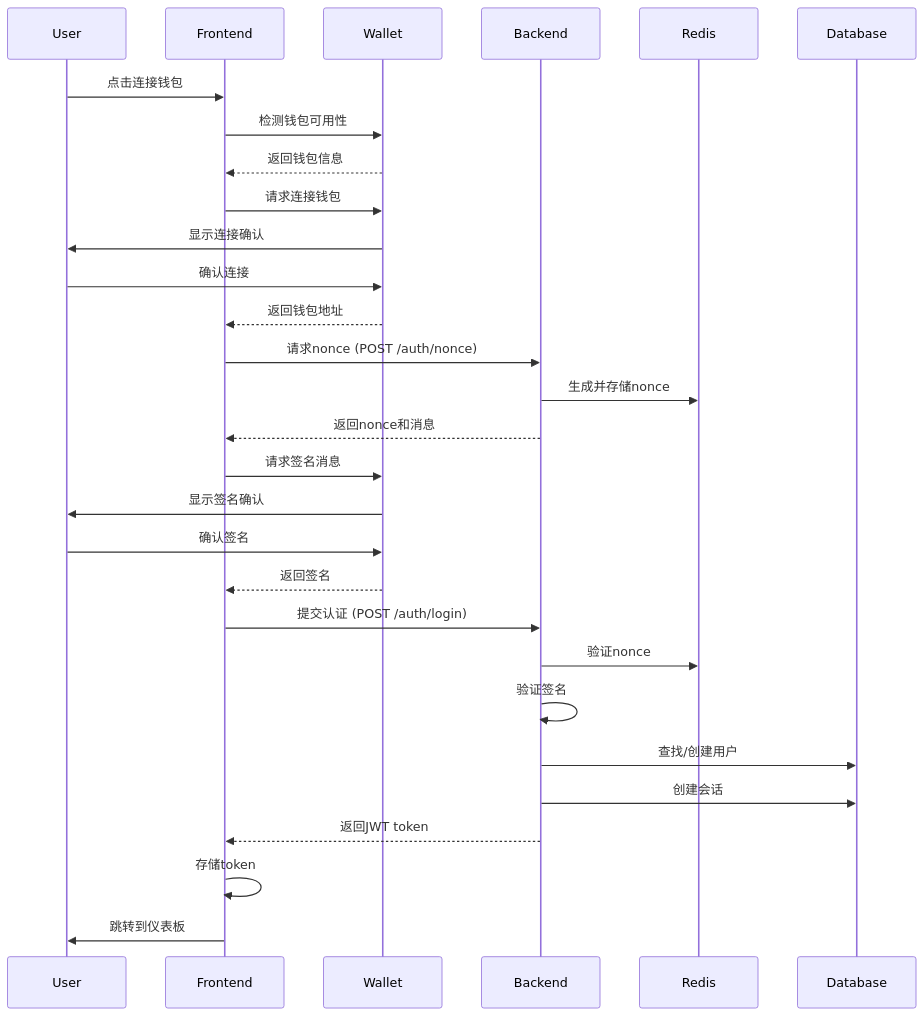
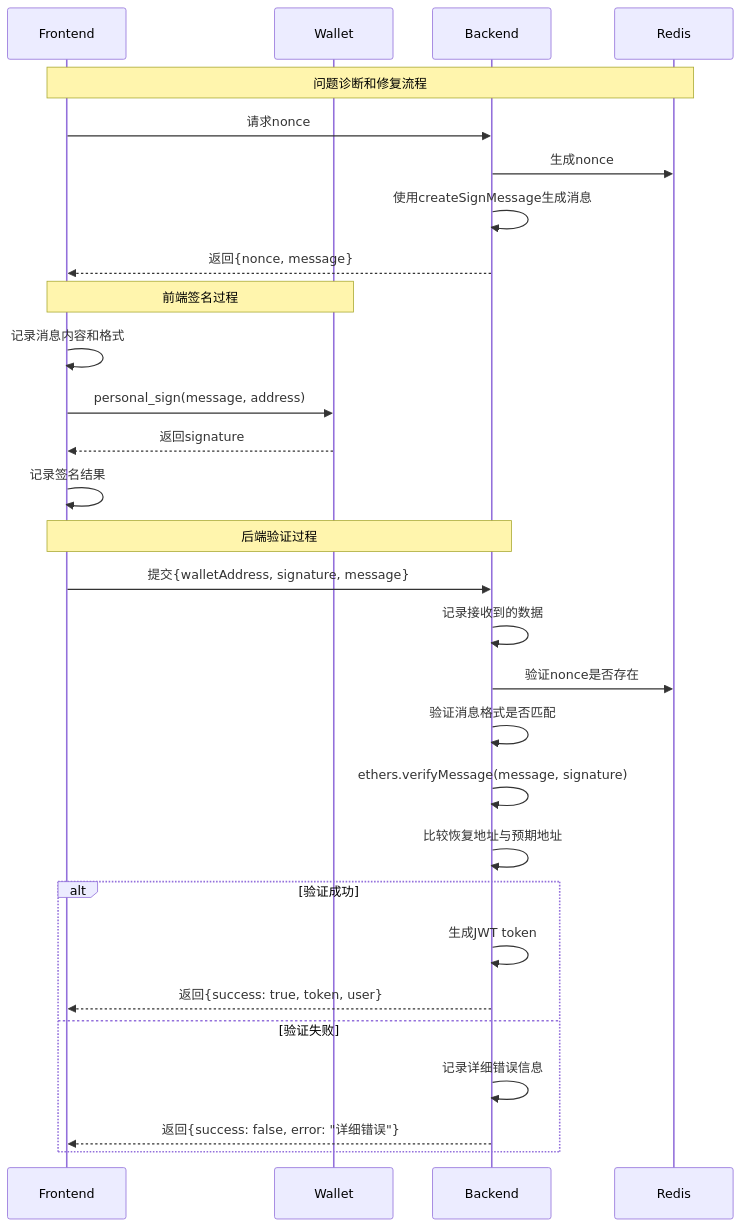
The second of 2 diagrams in .kiro/specs/web3-wallet-authentication/design.md (arunisean/robots), drawn with Mermaid before and after one commit. The commit also changed other lines of this file and 9 other files, not shown here.

````diff
--- a/.kiro/specs/web3-wallet-authentication/design.md
+++ b/.kiro/specs/web3-wallet-authentication/design.md
@@ -55,36 +42,36 @@
 ```mermaid
 sequenceDiagram
-    participant U as User
     participant F as Frontend
     participant W as Wallet
     participant B as Backend
     participant R as Redis
-    participant D as Database
     
-    U->>F: 点击连接钱包
-    F->>W: 检测钱包可用性
-    W-->>F: 返回钱包信息
-    F->>W: 请求连接钱包
-    W->>U: 显示连接确认
-    U->>W: 确认连接
-    W-->>F: 返回钱包地址
+    Note over F,R: 问题诊断和修复流程
     
-    F->>B: 请求nonce (POST /auth/nonce)
-    B->>R: 生成并存储nonce
-    B-->>F: 返回nonce和消息
+    F->>B: 请求nonce
+    B->>R: 生成nonce
+    B->>B: 使用createSignMessage生成消息
+    B-->>F: 返回{nonce, message}
     
-    F->>W: 请求签名消息
-    W->>U: 显示签名确认
-    U->>W: 确认签名
-    W-->>F: 返回签名
+    Note over F,W: 前端签名过程
+    F->>F: 记录消息内容和格式
+    F->>W: personal_sign(message, address)
+    W-->>F: 返回signature
+    F->>F: 记录签名结果
     
-    F->>B: 提交认证 (POST /auth/login)
-    B->>R: 验证nonce
-    B->>B: 验证签名
-    B->>D: 查找/创建用户
-    B->>D: 创建会话
-    B-->>F: 返回JWT token
+    Note over F,B: 后端验证过程
+    F->>B: 提交{walletAddress, signature, message}
+    B->>B: 记录接收到的数据
+    B->>R: 验证nonce是否存在
+    B->>B: 验证消息格式是否匹配
+    B->>B: ethers.verifyMessage(message, signature)
+    B->>B: 比较恢复地址与预期地址
     
-    F->>F: 存储token
-    F->>U: 跳转到仪表板
+    alt 验证成功
+        B->>B: 生成JWT token
+        B-->>F: 返回{success: true, token, user}
+    else 验证失败
+        B->>B: 记录详细错误信息
+        B-->>F: 返回{success: false, error: "详细错误"}
+    end
 ```
````
